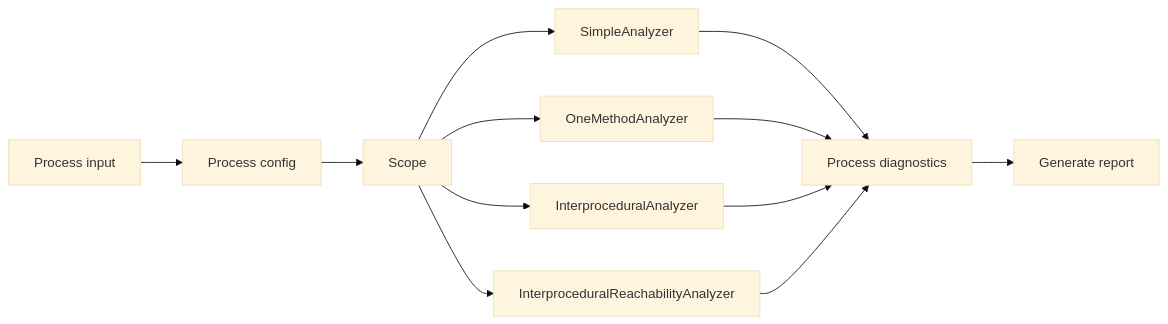
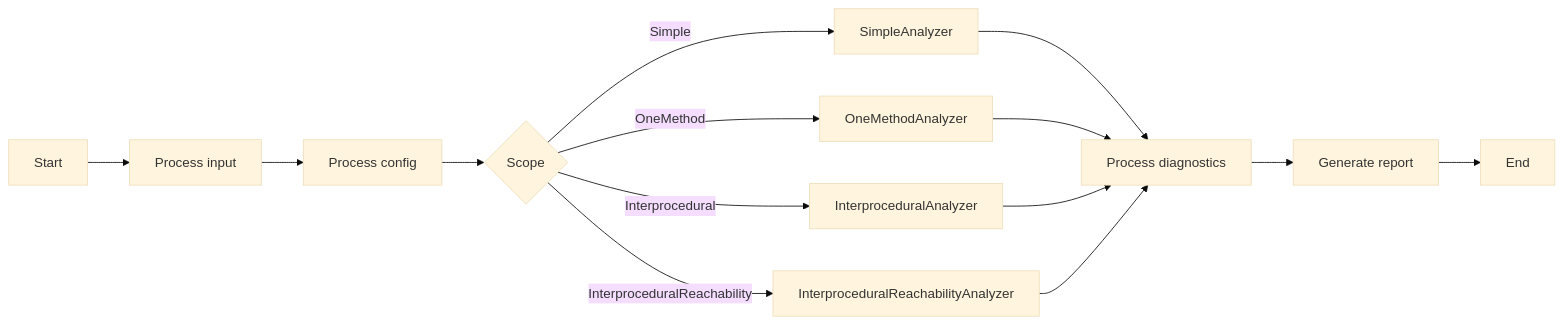
One commit to KleinMichalGit/SQLInjectionAnalyzer changed the diagram in README.md. Above: the diagram before and after it, drawn with Mermaid (base theme).

````diff
--- a/README.md
+++ b/README.md
@@ -48,14 +48,16 @@
 ```mermaid
 flowchart LR;
-    A[Process input]-->B[Process config];
-    B-->C[Scope];
-    C-->D[SimpleAnalyzer];
-    C-->E[OneMethodAnalyzer];
-    C-->F[InterproceduralAnalyzer];
-    C-->G[InterproceduralReachabilityAnalyzer];
+    J[Start]-->A[Process input]
+    A-->B[Process config];
+    B-->C{Scope};
+    C-->|Simple|D[SimpleAnalyzer];
+    C-->|OneMethod|E[OneMethodAnalyzer];
+    C-->|Interprocedural|F[InterproceduralAnalyzer];
+    C-->|InterproceduralReachability|G[InterproceduralReachabilityAnalyzer];
     D-->H[Process diagnostics];
     E-->H;
     F-->H;
     G-->H;
     H-->I[Generate report];
+    I-->K[End]
 ```
````
